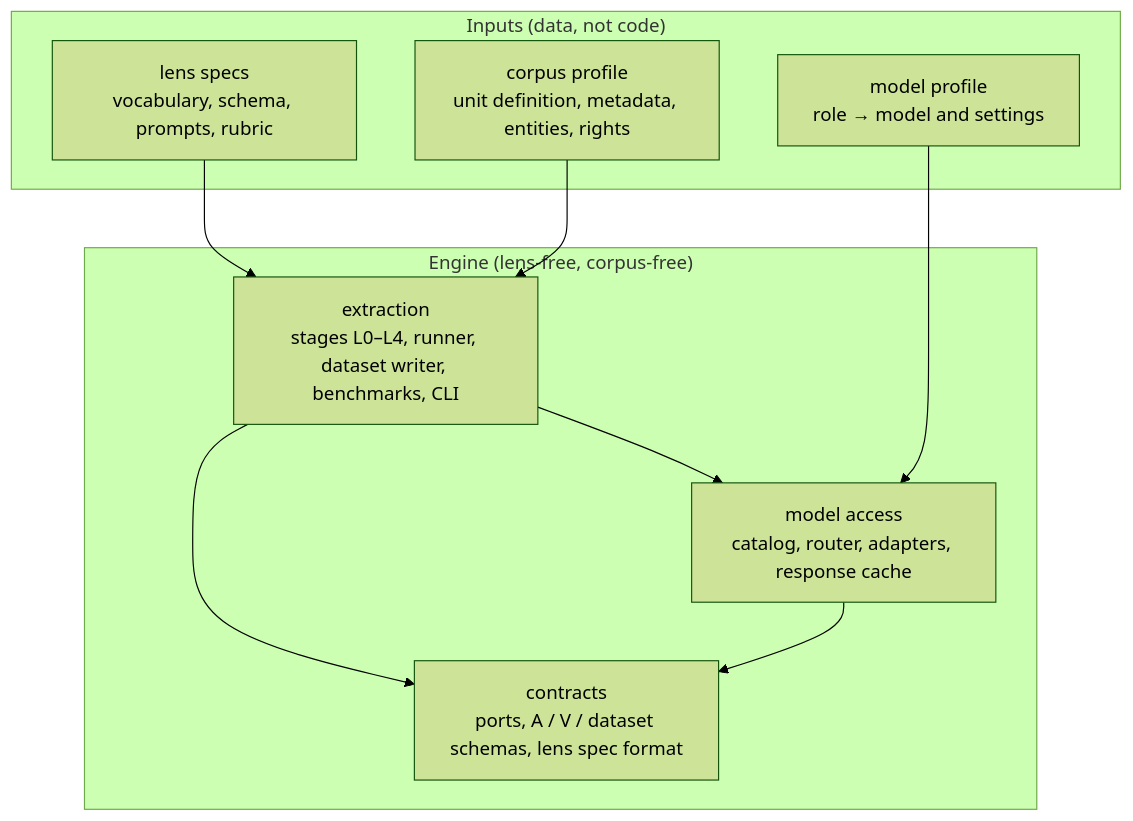
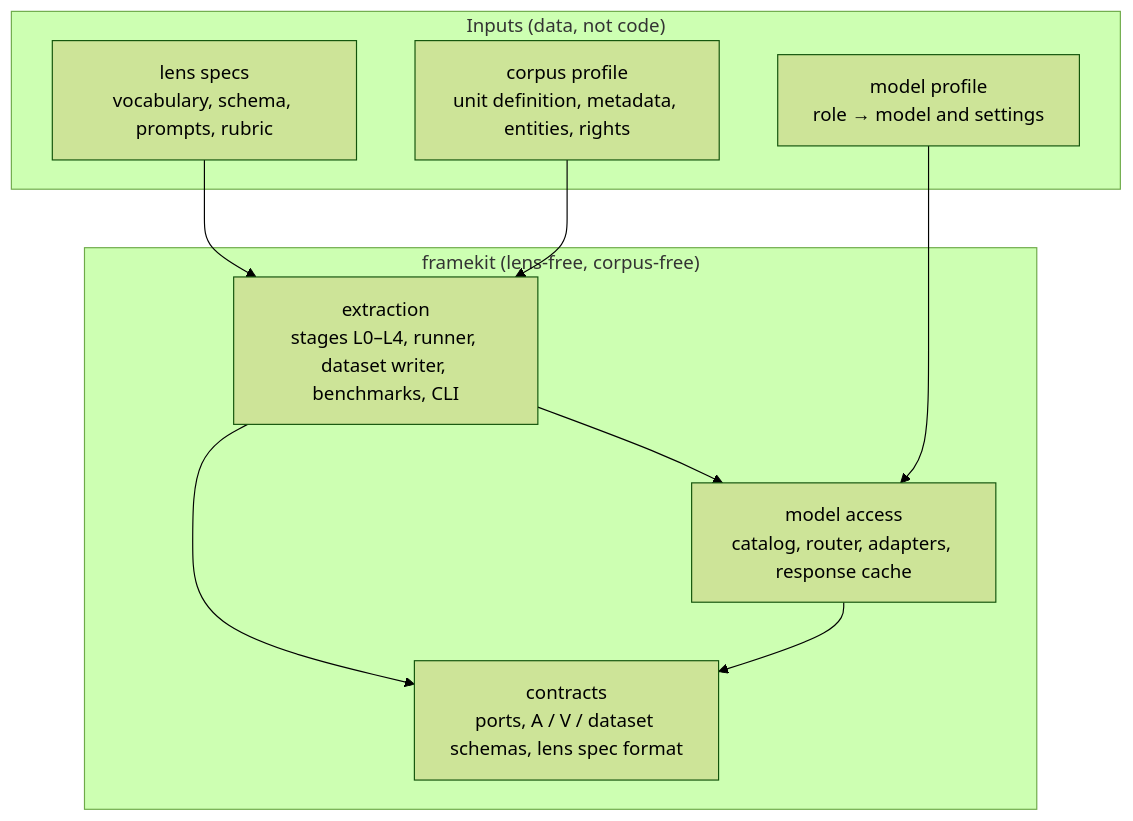
One commit to edyhtan/framekit changed the first of 4 diagrams in docs/DESIGN.md. Above: the diagram before and after it, drawn with Mermaid (forest theme). The commit also changed other lines of this file and 4 other files, not shown here.

````diff
--- a/docs/DESIGN.md
+++ b/docs/DESIGN.md
@@ -26,19 +26,19 @@
 ```mermaid
 flowchart TB
     subgraph IN["Inputs (data, not code)"]
         LS["lens specs<br/>vocabulary, schema, prompts, rubric"]
         CP["corpus profile<br/>unit definition, metadata, entities, rights"]
         MP["model profile<br/>role → model and settings"]
     end
-    subgraph ENG["Engine (lens-free, corpus-free)"]
+    subgraph ENG["framekit (lens-free, corpus-free)"]
         EX["extraction<br/>stages L0–L4, runner, dataset writer, benchmarks, CLI"]
         MA["model access<br/>catalog, router, adapters, response cache"]
         CT["contracts<br/>ports, A / V / dataset schemas, lens spec format"]
     end
     LS --> EX
     CP --> EX
     MP --> MA
     EX --> MA
     EX --> CT
     MA --> CT
 ```
````
